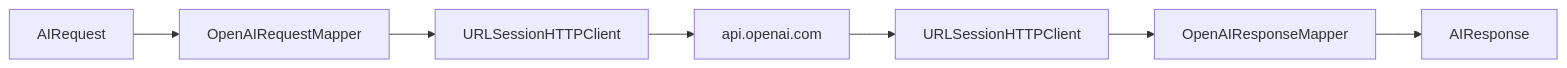
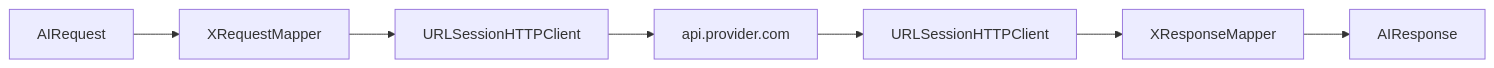
Before and after one commit to molayab/swift-ai-provider-kit: the diagram in Documentation/AddingAProvider.md, drawn with Mermaid. The commit also changed other lines of this file and 47 other files, not shown here.

First line of the commit message:
Add OpenAIProvider — Chat Completions API with dynamic model discovery (#9)

````diff
--- a/Documentation/AddingAProvider.md
+++ b/Documentation/AddingAProvider.md
@@ -82,9 +84,9 @@
 ```mermaid
 flowchart LR
-    Request["AIRequest"] --> Mapper["OpenAIRequestMapper"]
+    Request["AIRequest"] --> Mapper["XRequestMapper"]
     Mapper --> HTTP["URLSessionHTTPClient"]
-    HTTP --> API["api.openai.com"]
+    HTTP --> API["api.provider.com"]
     API --> HTTP2["URLSessionHTTPClient"]
-    HTTP2 --> RMapper["OpenAIResponseMapper"]
+    HTTP2 --> RMapper["XResponseMapper"]
     RMapper --> Response["AIResponse"]
 ```
````
